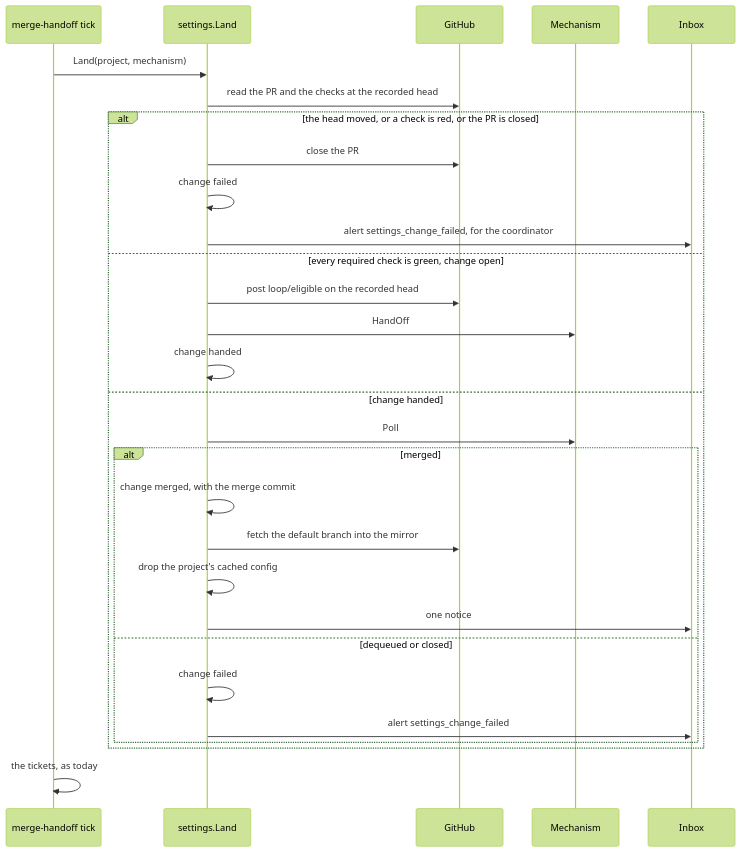
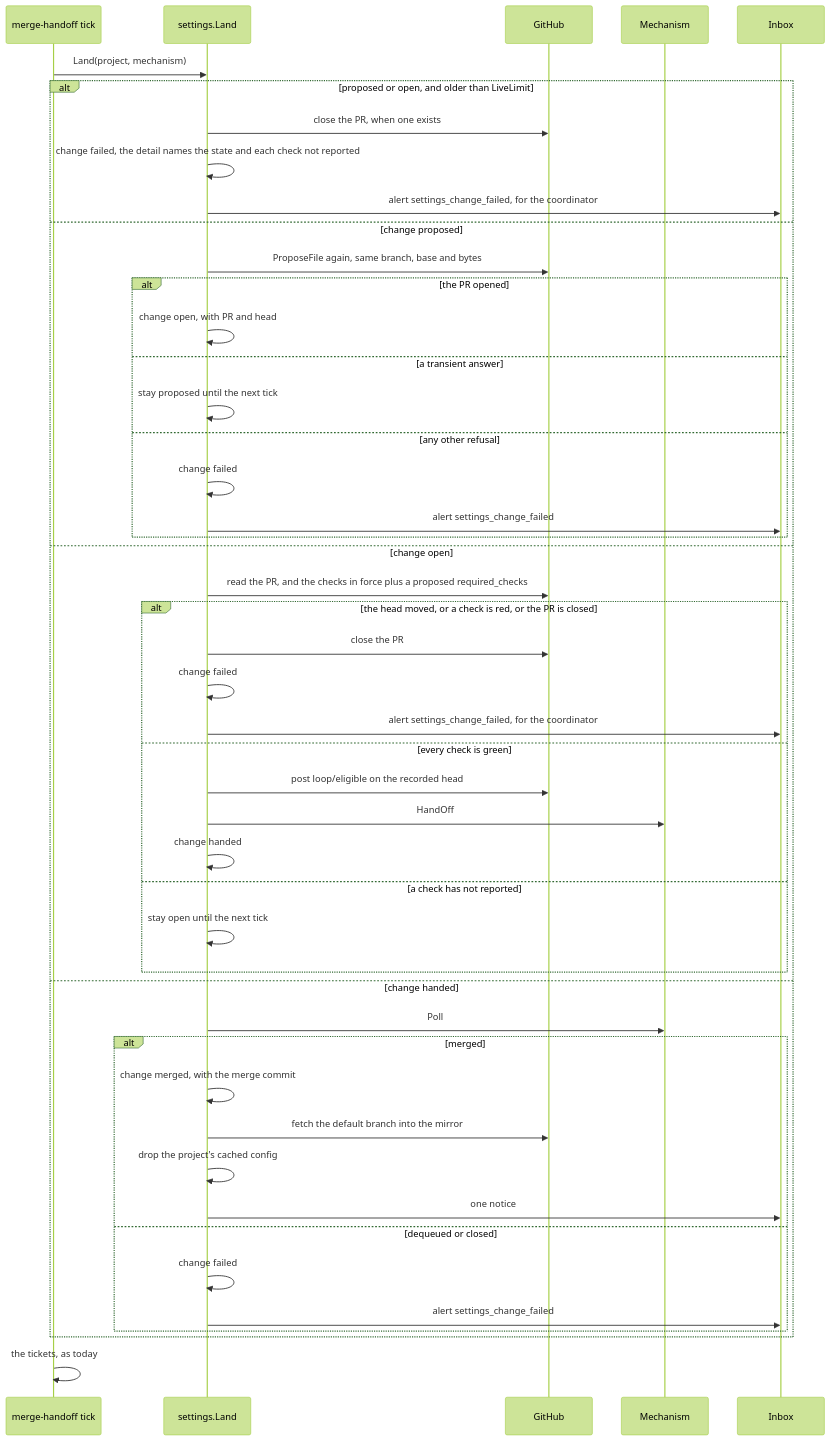
One commit to iantanwx/factory changed the second of 5 diagrams in docs/plans/factorio-j4x-project-scoped-settings-spec.md. Above: the diagram before and after it, drawn with Mermaid (forest theme). The commit also changed other lines of this file, not shown here.

First line of the commit message:
docs(spec): bound settings changes and unlisted stages

````diff
--- a/docs/plans/factorio-j4x-project-scoped-settings-spec.md
+++ b/docs/plans/factorio-j4x-project-scoped-settings-spec.md
@@ -632,31 +726,49 @@
 ```mermaid
 sequenceDiagram
     participant H as merge-handoff tick
     participant S as settings.Land
     participant GH as GitHub
     participant Mech as Mechanism
     participant I as Inbox
     H->>S: Land(project, mechanism)
-    S->>GH: read the PR and the checks at the recorded head
-    alt the head moved, or a check is red, or the PR is closed
-        S->>GH: close the PR
-        S->>S: change failed
+    alt proposed or open, and older than LiveLimit
+        S->>GH: close the PR, when one exists
+        S->>S: change failed, the detail names the state and each check not reported
         S->>I: alert settings_change_failed, for the coordinator
-    else every required check is green, change open
-        S->>GH: post loop/eligible on the recorded head
-        S->>Mech: HandOff
-        S->>S: change handed
+    else change proposed
+        S->>GH: ProposeFile again, same branch, base and bytes
+        alt the PR opened
+            S->>S: change open, with PR and head
+        else a transient answer
+            S->>S: stay proposed until the next tick
+        else any other refusal
+            S->>S: change failed
+            S->>I: alert settings_change_failed
+        end
+    else change open
+        S->>GH: read the PR, and the checks in force plus a proposed required_checks
+        alt the head moved, or a check is red, or the PR is closed
+            S->>GH: close the PR
+            S->>S: change failed
+            S->>I: alert settings_change_failed, for the coordinator
+        else every check is green
+            S->>GH: post loop/eligible on the recorded head
+            S->>Mech: HandOff
+            S->>S: change handed
+        else a check has not reported
+            S->>S: stay open until the next tick
+        end
     else change handed
         S->>Mech: Poll
         alt merged
             S->>S: change merged, with the merge commit
             S->>GH: fetch the default branch into the mirror
             S->>S: drop the project's cached config
             S->>I: one notice
         else dequeued or closed
             S->>S: change failed
             S->>I: alert settings_change_failed
         end
     end
     H->>H: the tickets, as today
 ```
````
